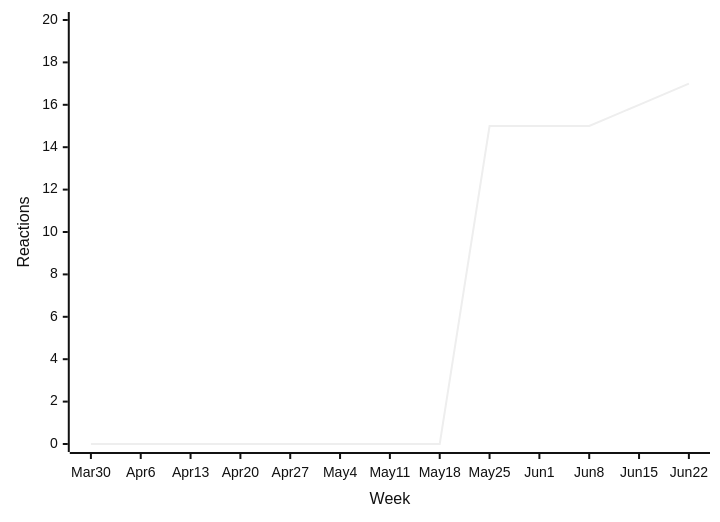
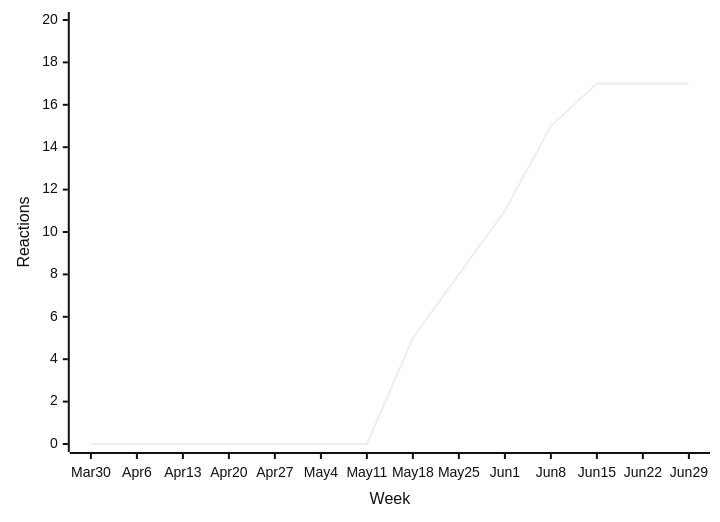
Diagram 11 of 48 in README.md (loic-sharma/github-insights), drawn with Mermaid (neutral theme) before and after one commit. The commit also changed other lines of this file and 3 other files, not shown here.

````diff
--- a/README.md
+++ b/README.md
@@ -509,6 +509,6 @@
   ```mermaid
   xychart-beta
-    x-axis "Week" [Mar 30, Apr 6, Apr 13, Apr 20, Apr 27, May 4, May 11, May 18, May 25, Jun 1, Jun 8, Jun 15, Jun 22]
+    x-axis "Week" [Mar 30, Apr 6, Apr 13, Apr 20, Apr 27, May 4, May 11, May 18, May 25, Jun 1, Jun 8, Jun 15, Jun 22, Jun 29]
     y-axis "Reactions" 0 --> 20
-    line [0, 0, 0, 0, 0, 0, 0, 0, 15, 15, 15, 16, 17]
+    line [0, 0, 0, 0, 0, 0, 0, 5, 8, 11, 15, 17, 17, 17]
   ```
````
